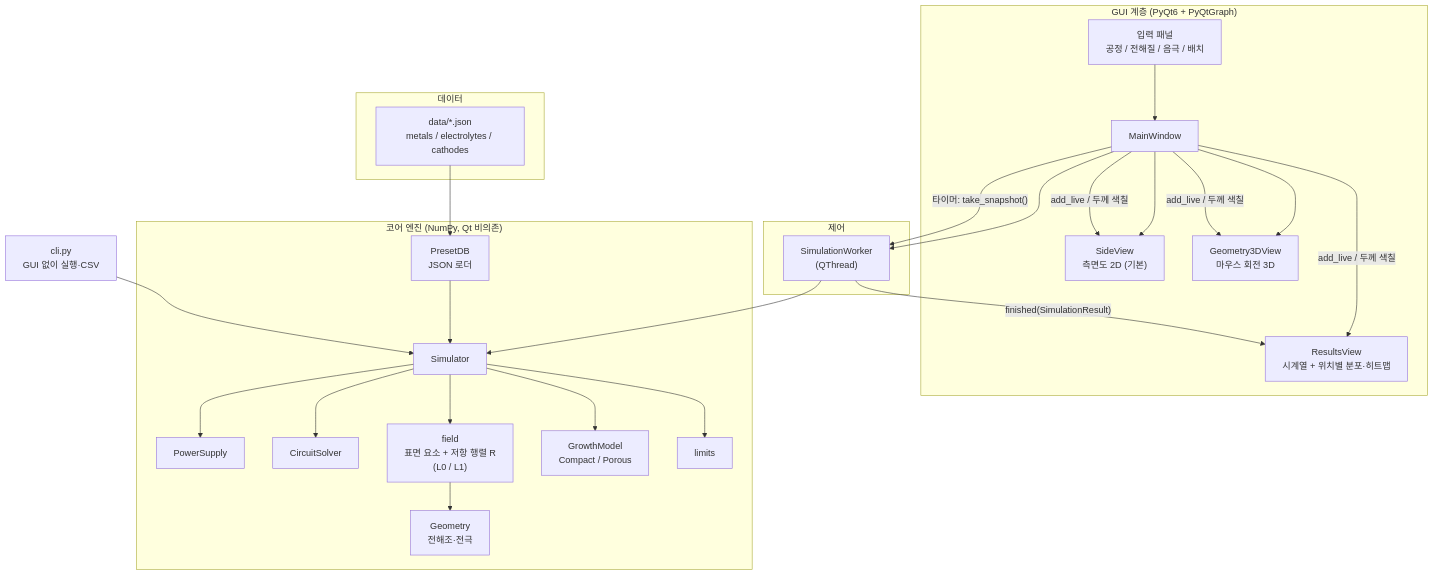
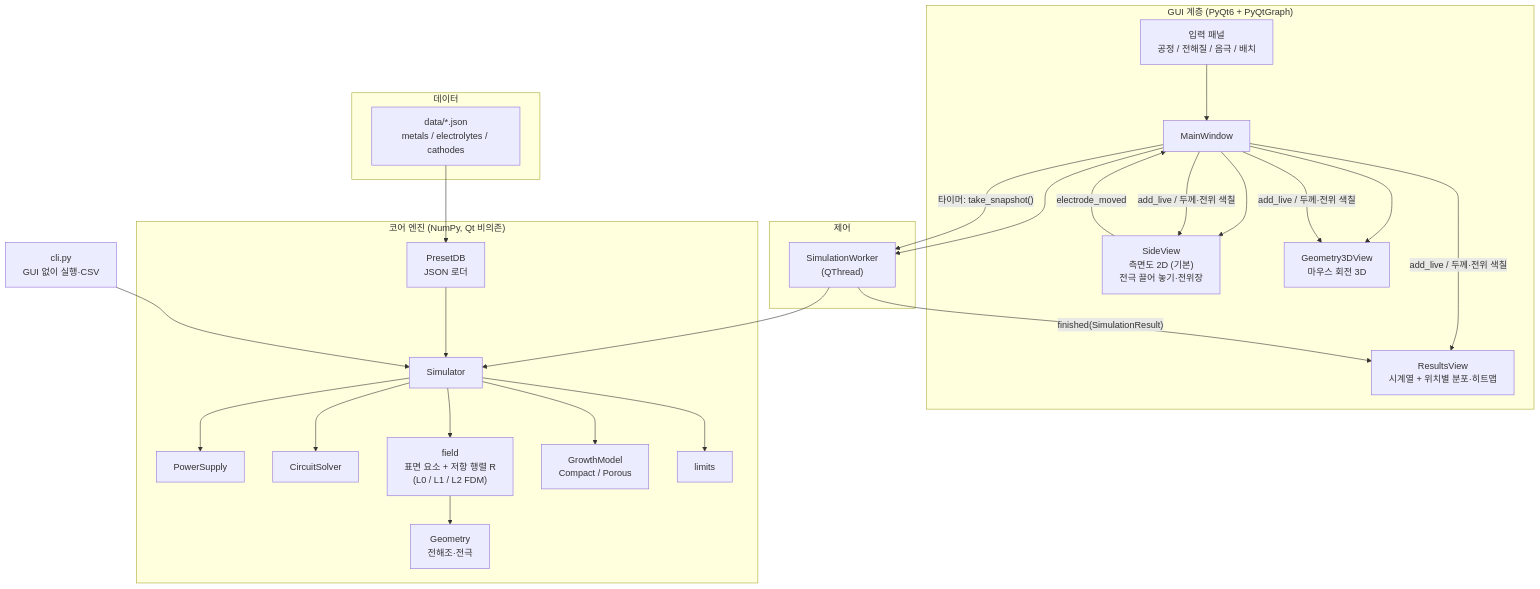
One commit to hyhSgithubbb/Anodizing_simulator changed the first of 2 diagrams in docs/DESIGN.md. Above: the diagram before and after it, drawn with Mermaid. The commit also changed other lines of this file and 22 other files, not shown here.

````diff
--- a/docs/DESIGN.md
+++ b/docs/DESIGN.md
@@ -470,38 +502,39 @@
 ```mermaid
 flowchart TB
     subgraph GUI["GUI 계층 (PyQt6 + PyQtGraph)"]
         MW[MainWindow]
         IP["입력 패널<br/>공정 / 전해질 / 음극 / 배치"]
-        SV["SideView<br/>측면도 2D (기본)"]
+        SV["SideView<br/>측면도 2D (기본)<br/>전극 끌어 놓기·전위장"]
         V3["Geometry3DView<br/>마우스 회전 3D"]
         RV["ResultsView<br/>시계열 + 위치별 분포·히트맵"]
     end
     subgraph CTRL["제어"]
         WK["SimulationWorker<br/>(QThread)"]
     end
     subgraph CORE["코어 엔진 (NumPy, Qt 비의존)"]
         SIM[Simulator]
         PS[PowerSupply]
         CIR[CircuitSolver]
         GEO["Geometry<br/>전해조·전극"]
-        FLD["field<br/>표면 요소 + 저항 행렬 R<br/>(L0 / L1)"]
+        FLD["field<br/>표면 요소 + 저항 행렬 R<br/>(L0 / L1 / L2 FDM)"]
         GM["GrowthModel<br/>Compact / Porous"]
         LIM[limits]
         PDB["PresetDB<br/>JSON 로더"]
     end
     subgraph DATA["데이터"]
         PR["data/*.json<br/>metals / electrolytes / cathodes"]
     end
     CLI["cli.py<br/>GUI 없이 실행·CSV"]
     IP --> MW
     MW --> SV & V3
     MW --> WK
     WK --> SIM
     SIM --> PS & CIR & GM & LIM
     SIM --> FLD --> GEO
     MW -- "타이머: take_snapshot()" --> WK
-    MW -- "add_live / 두께 색칠" --> RV & SV & V3
+    MW -- "add_live / 두께·전위 색칠" --> RV & SV & V3
+    SV -- "electrode_moved" --> MW
     WK -- "finished(SimulationResult)" --> RV
     PR --> PDB --> SIM
     CLI --> SIM
 ```
````
